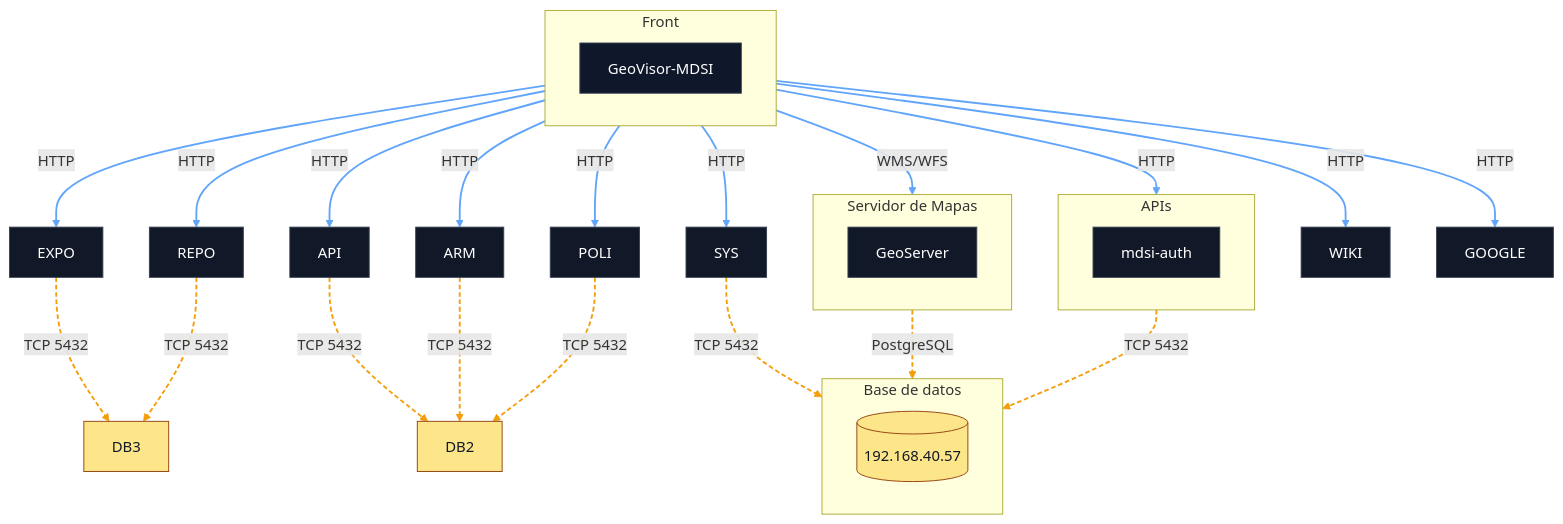
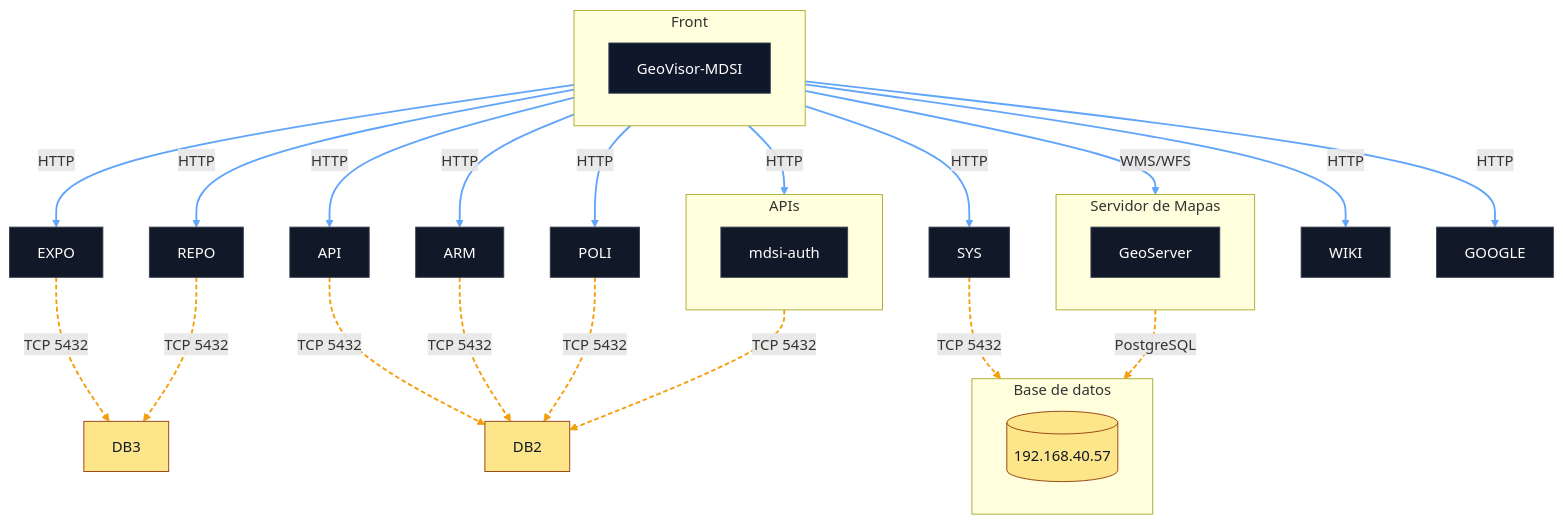
Before and after one commit to mdsigeovisor/geovisormdsi: the diagram in README.md, drawn with Mermaid.

````diff
--- a/README.md
+++ b/README.md
@@ -3,62 +3,62 @@
 ```mermaid
 flowchart TB
   %% =========================
   %% CAPAS
   %% =========================
   subgraph L1[Front]
     direction LR
     FRONT[GeoVisor-MDSI]
   end
 
   subgraph L2[APIs]
     direction LR    
     AUTH[mdsi-auth]    
   end
 
   subgraph L3[Base de datos]
     direction LR
     DB1[(192.168.40.57)]    
   end
   subgraph L4[Servidor de Mapas]
     direction LR
     GEOSERVER[GeoServer]    
   end
 
   %% =========================
   %% RELACIONES
   %% =========================
   FRONT -->|HTTP| EXPO
   FRONT -->|HTTP| REPO
   FRONT -->|HTTP| API
   FRONT -->|HTTP| SYS
   FRONT -->|HTTP| AUTH
   FRONT -->|HTTP| ARM
   FRONT -->|HTTP| POLI
   FRONT -->|WMS/WFS| GEOSERVER
   FRONT -->|HTTP| WIKI
   FRONT -->|HTTP| GOOGLE
   EXPO -.->|TCP 5432| DB3
   REPO -.->|TCP 5432| DB3
   API -.->|TCP 5432| DB2
   ARM -.->|TCP 5432| DB2
   POLI -.->|TCP 5432| DB2
   GEOSERVER -.->|PostgreSQL| DB1
   SYS -.->|TCP 5432| DB1
-  AUTH -.->|TCP 5432| DB1
+  AUTH -.->|TCP 5432| DB2
 
   %% =========================
   %% ESTILOS
   %% =========================
   classDef front fill:#0f172a,stroke:#334155,stroke-width:1px,color:#fff;
   classDef service fill:#111827,stroke:#374151,stroke-width:1px,color:#fff;
   classDef db fill:#fde68a,stroke:#92400e,stroke-width:1px,color:#111827;
   classDef cloud fill:#e0f2fe,stroke:#0284c7,stroke-width:1px,color:#0f172a;
 
   class FRONT front;
   class API,SYS,ARM,AUTH,REPO,POLI,EXPO,WIKI,GOOGLE,GEOSERVER service;
   class DB1,DB2,DB3 db;
 
   %% (Opcional) estilo de links
   linkStyle 0,1,2,3,4,5,6,7,8,9 stroke:#60a5fa,stroke-width:2px;
   linkStyle 10,11,12,13,14,15,16,17 stroke:#f59e0b,stroke-width:2px,stroke-dasharray:5 3;
 ```
````
